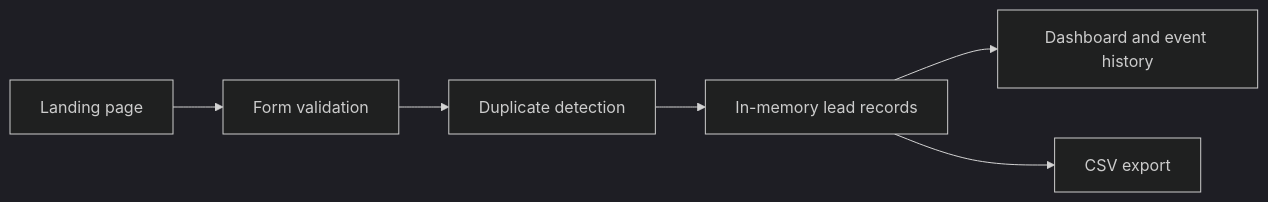
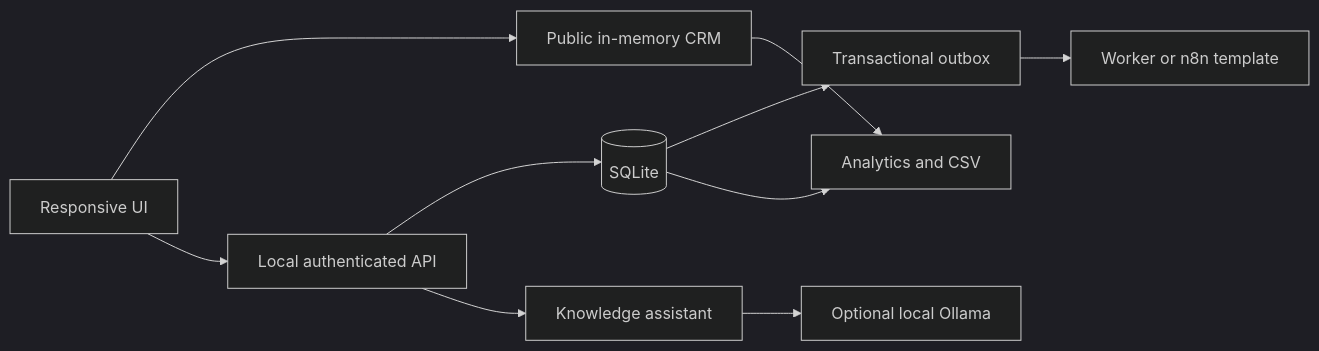
One commit to Saraingridsousa/Essenza-aesthetics changed the diagram in README.md. Above: the diagram before and after it, drawn with Mermaid (dark theme). The commit also changed other lines of this file and 8 other files, not shown here.

````diff
--- a/README.md
+++ b/README.md
@@ -29,8 +31,12 @@
 ```mermaid
 flowchart LR
-  A[Landing page] --> B[Form validation]
-  B --> C[Duplicate detection]
-  C --> D[In-memory lead records]
-  D --> E[Dashboard and event history]
-  D --> F[CSV export]
+  A[Responsive UI] --> B[Public in-memory CRM]
+  A --> C[Local authenticated API]
+  C --> D[(SQLite)]
+  D --> E[Transactional outbox]
+  E --> F[Worker or n8n template]
+  C --> G[Knowledge assistant]
+  G --> H[Optional local Ollama]
+  B --> I[Analytics and CSV]
+  D --> I
 ```
````
